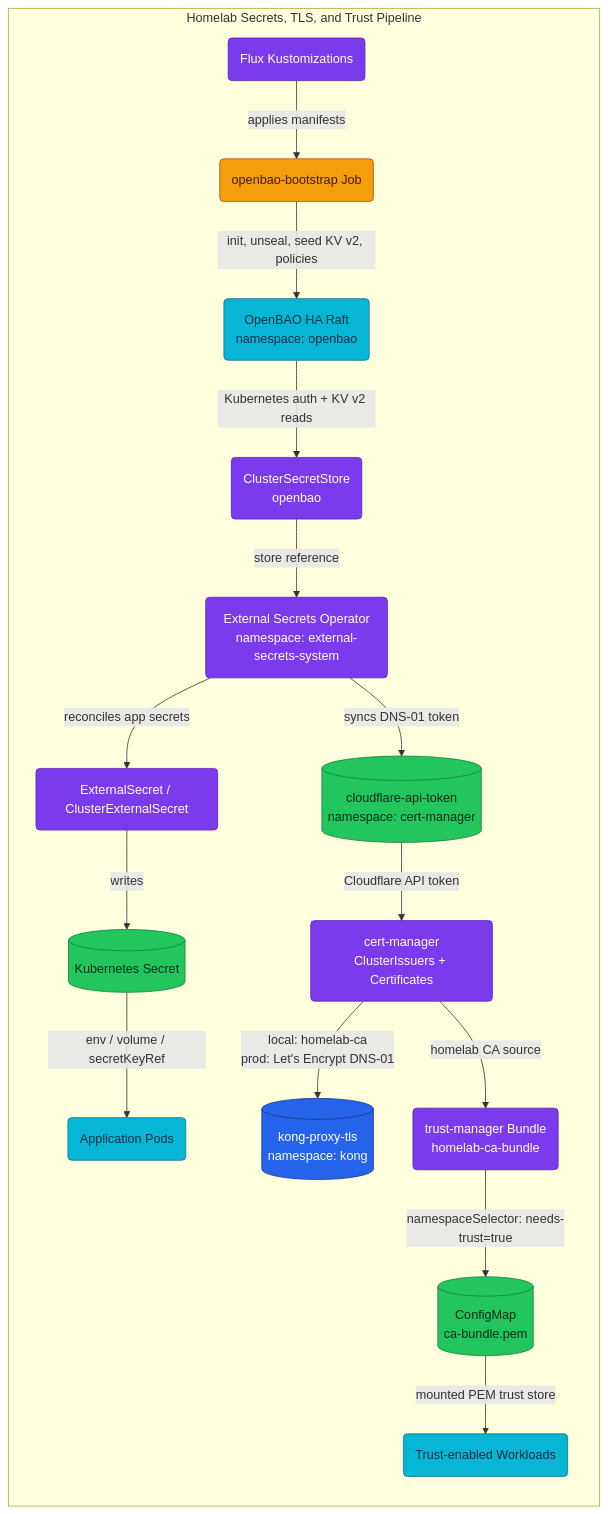
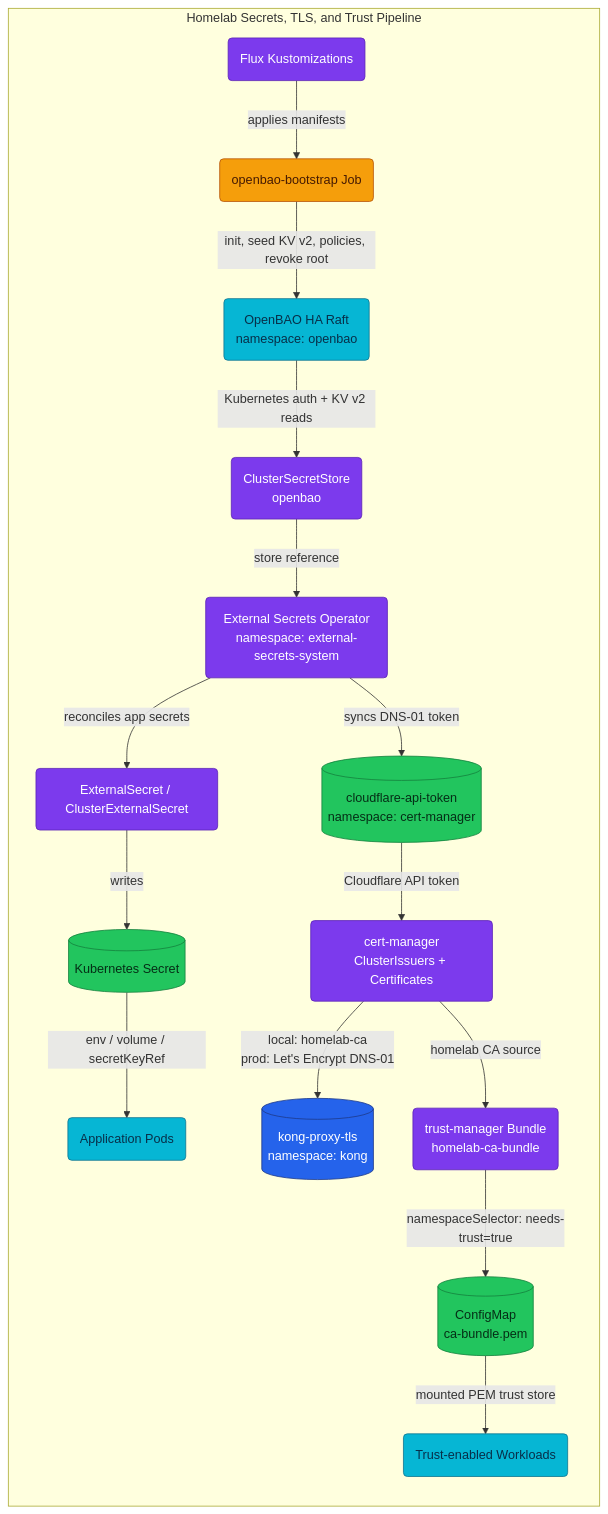
One commit to duynhlab/homelab changed the first of 3 diagrams in docs/secrets/README.md. Above: the diagram before and after it, drawn with Mermaid. The commit also changed other lines of this file and 14 other files, not shown here.

First line of the commit message:
Add OpenBAO awskms auto-unseal via floci (RFC-0008 Slice 1) (#566)

````diff
--- a/docs/secrets/README.md
+++ b/docs/secrets/README.md
@@ -52,42 +52,42 @@
 ```mermaid
 graph TD
 subgraph homelab["Homelab Secrets, TLS, and Trust Pipeline"]
     direction TB
     flux(Flux Kustomizations):::platform
     bootstrap(openbao-bootstrap Job):::worker
     bao(OpenBAO HA Raft<br/>namespace: openbao):::service
     css(ClusterSecretStore<br/>openbao):::platform
     eso(External Secrets Operator<br/>namespace: external-secrets-system):::platform
     es(ExternalSecret / ClusterExternalSecret):::platform
     k8ssecret[(Kubernetes Secret)]:::data
     apps(Application Pods):::service
     cfsecret[(cloudflare-api-token<br/>namespace: cert-manager)]:::data
     cm(cert-manager<br/>ClusterIssuers + Certificates):::platform
     kong[(kong-proxy-tls<br/>namespace: kong)]:::edge
     tm(trust-manager Bundle<br/>homelab-ca-bundle):::platform
     cabundle[(ConfigMap<br/>ca-bundle.pem)]:::data
     trusted(Trust-enabled Workloads):::service
 
     flux -->|"applies manifests"| bootstrap
-    bootstrap -->|"init, unseal, seed KV v2, policies"| bao
+    bootstrap -->|"init, seed KV v2, policies, revoke root"| bao
     bao -->|"Kubernetes auth + KV v2 reads"| css
     css -->|"store reference"| eso
     eso -->|"reconciles app secrets"| es
     es -->|"writes"| k8ssecret
     k8ssecret -->|"env / volume / secretKeyRef"| apps
     eso -->|"syncs DNS-01 token"| cfsecret
     cfsecret -->|"Cloudflare API token"| cm
     cm -->|"local: homelab-ca<br/>prod: Let's Encrypt DNS-01"| kong
     cm -->|"homelab CA source"| tm
     tm -->|"namespaceSelector: needs-trust=true"| cabundle
     cabundle -->|"mounted PEM trust store"| trusted
 end
 
 classDef edge fill:#2563eb,color:#fff,stroke:#1e3a8a;
 classDef service fill:#06b6d4,color:#082f49,stroke:#0e7490;
 classDef worker fill:#f59e0b,color:#451a03,stroke:#b45309;
 classDef platform fill:#7c3aed,color:#fff,stroke:#5b21b6;
 classDef data fill:#22c55e,color:#052e16,stroke:#15803d;
 classDef external fill:#64748b,color:#fff,stroke:#334155;
 classDef planned fill:#fff,color:#475569,stroke:#64748b,stroke-dasharray:5 5;
 ```
````
